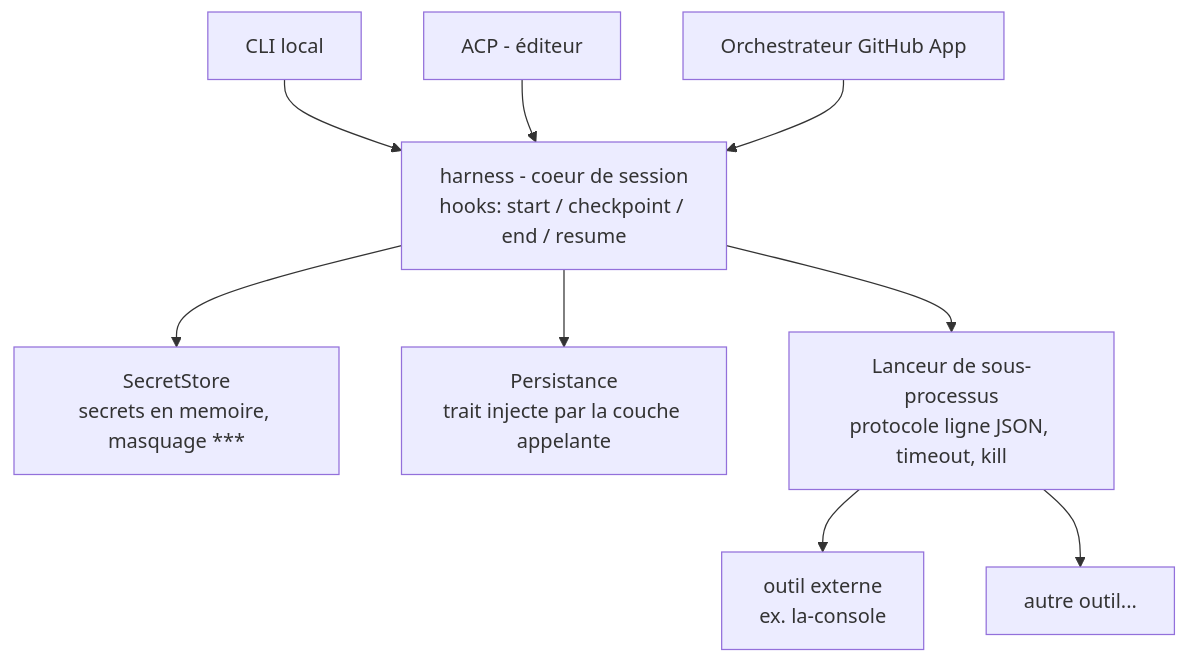
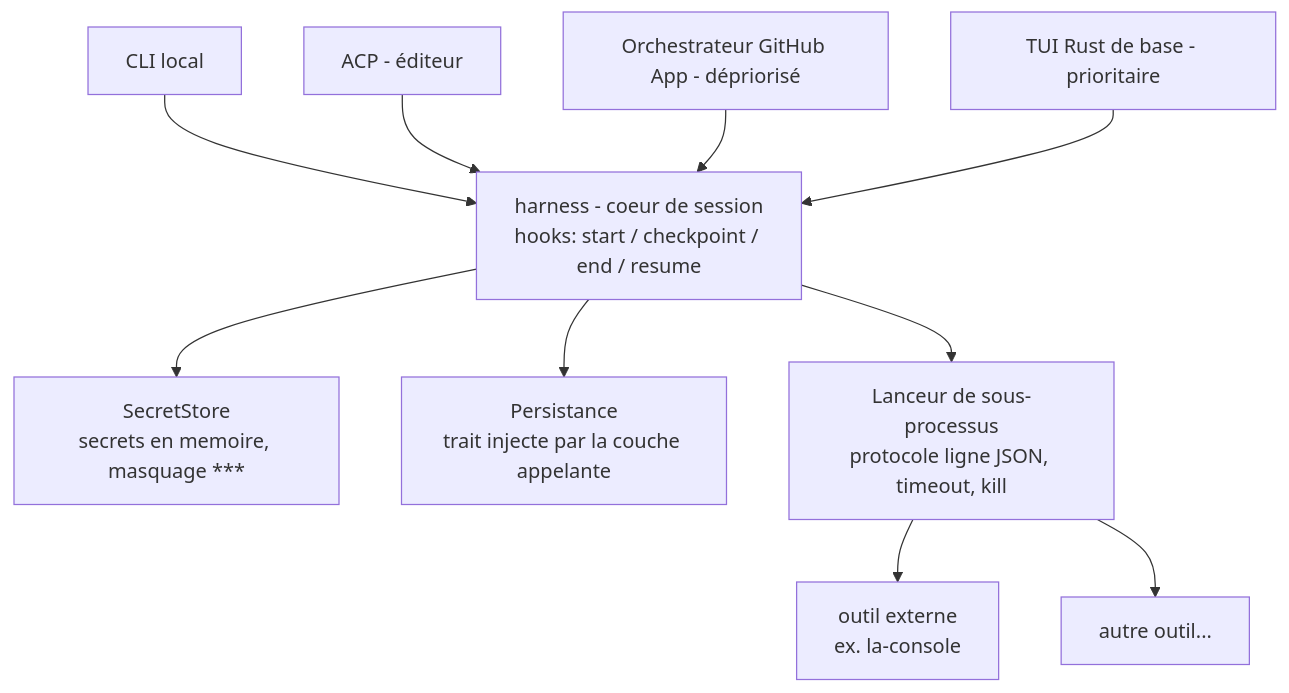
One commit to clemparpa/LeHarness changed the diagram in spec/architecture.md. Above: the diagram before and after it, drawn with Mermaid. The commit also changed other lines of this file and 3 other files, not shown here.

First line of the commit message:
docs: harness as credential broker (reverse proxy) + TUI Rust priority, GitHub App deprioritized

````diff
--- a/spec/architecture.md
+++ b/spec/architecture.md
@@ -10,11 +10,12 @@
 ```mermaid
 flowchart TD
     T1[CLI local] --> H
     T2[ACP - éditeur] --> H
-    T3[Orchestrateur GitHub App] --> H
+    T3[Orchestrateur GitHub App - dépriorisé] --> H
+    T4[TUI Rust de base - prioritaire] --> H
     H[harness - coeur de session<br/>hooks: start / checkpoint / end / resume] --> S[SecretStore<br/>secrets en memoire, masquage ***]
     H --> P[Persistance<br/>trait injecte par la couche appelante]
     H --> L[Lanceur de sous-processus<br/>protocole ligne JSON, timeout, kill]
     L --> O1[outil externe<br/>ex. la-console]
     L --> O2[autre outil...]
 ```
````
